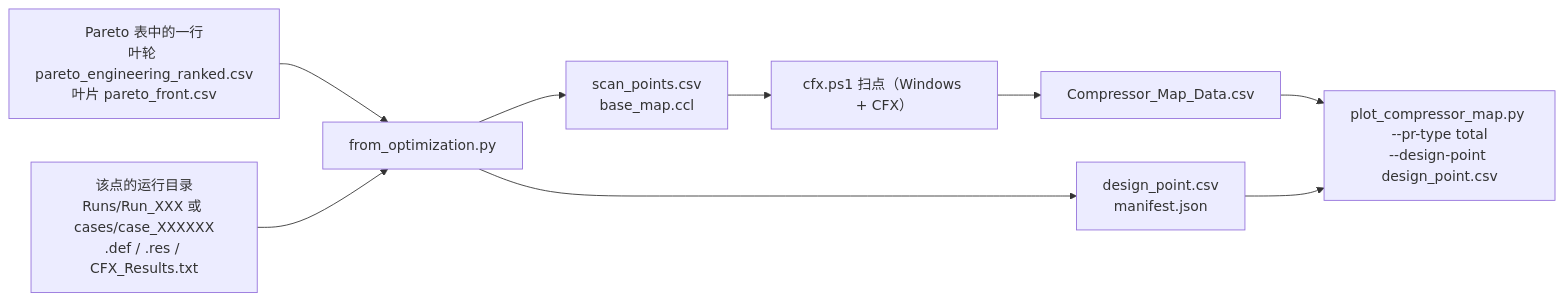
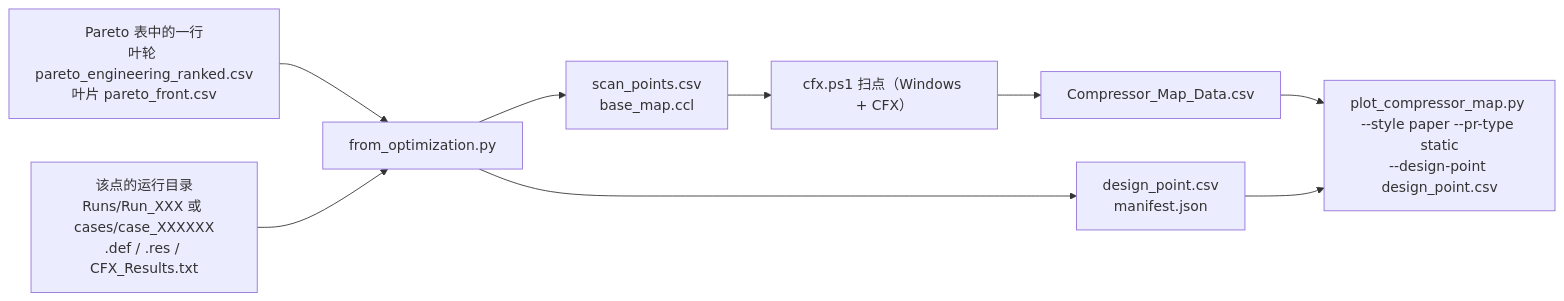
One commit to hibiki233i/workingmap changed the diagram in docs/from_optimization.md. Above: the diagram before and after it, drawn with Mermaid. The commit also changed other lines of this file and 8 other files, not shown here.

First line of the commit message:
POLA-4: journal-style PR/efficiency figure; address Codex review

````diff
--- a/docs/from_optimization.md
+++ b/docs/from_optimization.md
@@ -5,10 +5,10 @@
 ```mermaid
 flowchart LR
   P["Pareto 表中的一行<br/>叶轮 pareto_engineering_ranked.csv<br/>叶片 pareto_front.csv"] --> C["from_optimization.py"]
   R["该点的运行目录<br/>Runs/Run_XXX 或 cases/case_XXXXXX<br/>.def / .res / CFX_Results.txt"] --> C
   C --> S["scan_points.csv<br/>base_map.ccl"]
   C --> D["design_point.csv<br/>manifest.json"]
   S --> X["cfx.ps1 扫点（Windows + CFX）"] --> M["Compressor_Map_Data.csv"]
-  M --> G["plot_compressor_map.py --pr-type total<br/>--design-point design_point.csv"]
+  M --> G["plot_compressor_map.py --style paper --pr-type static<br/>--design-point design_point.csv"]
   D --> G
 ```
````
